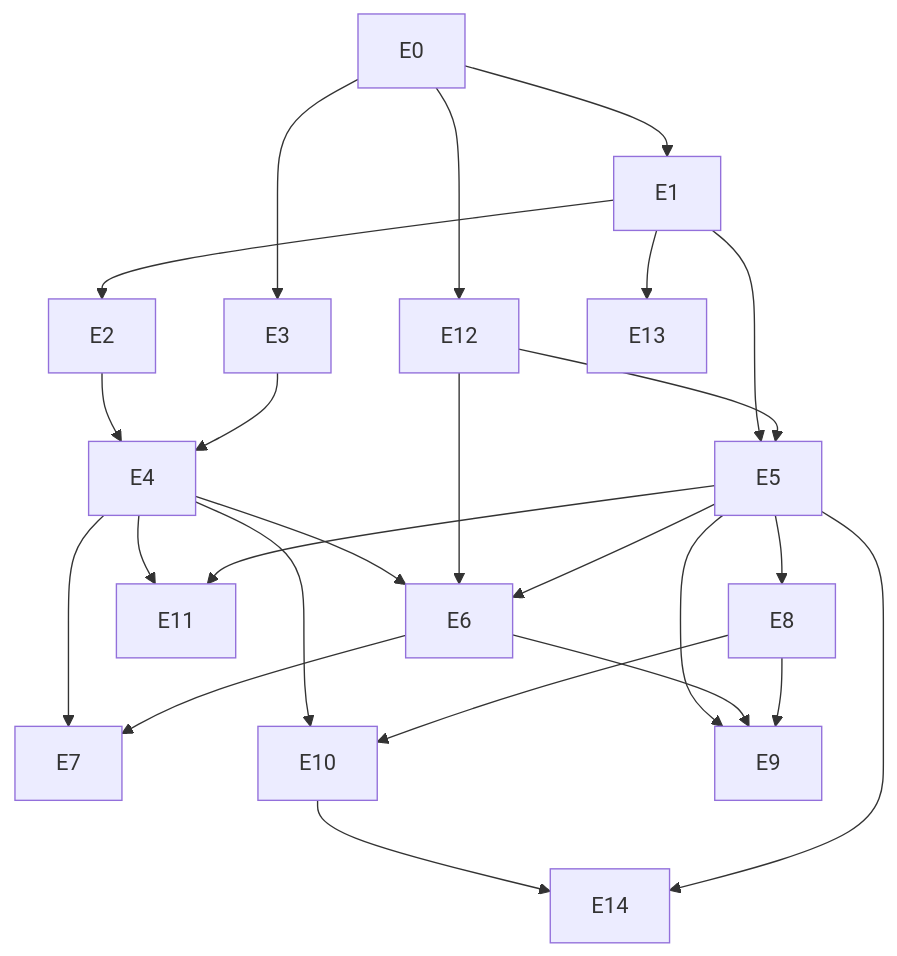
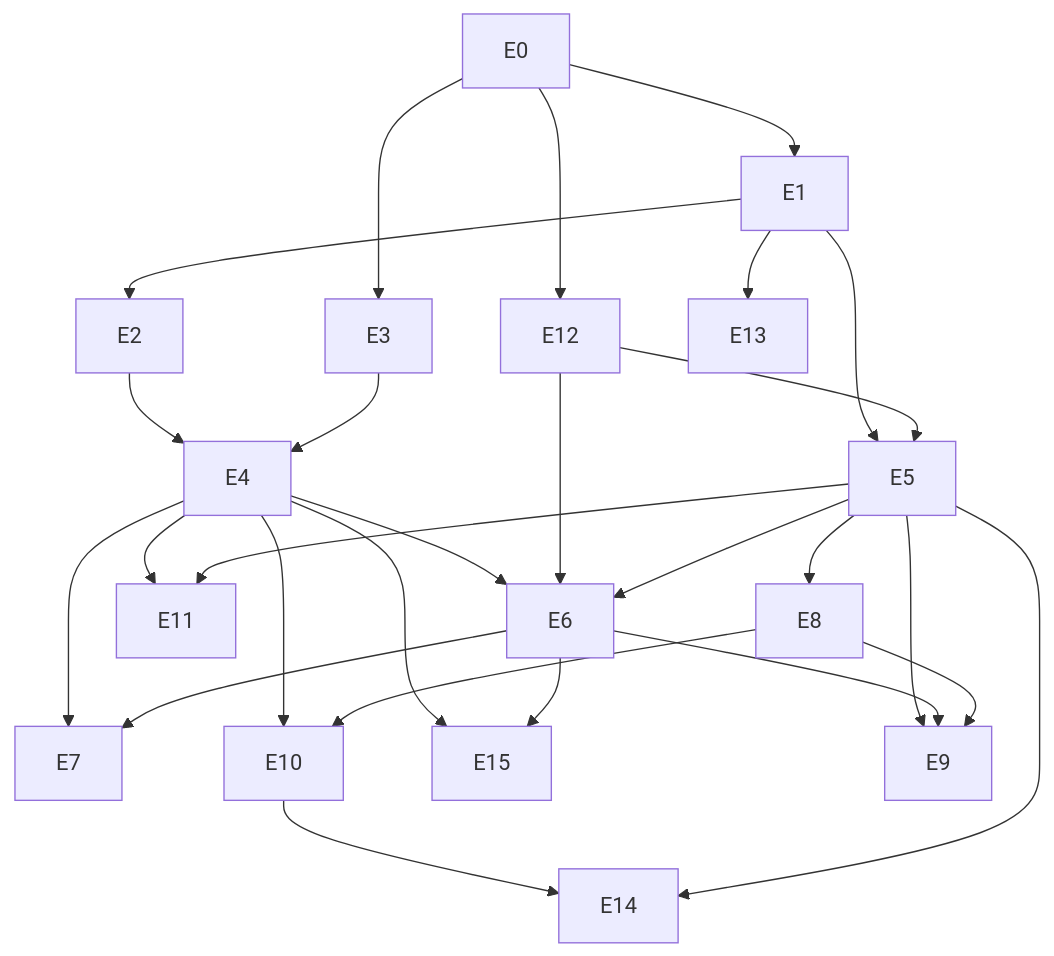
The second of 2 diagrams in docs/epics.md (saok91/pkbl), drawn with Mermaid before and after one commit. The commit also changed other lines of this file and 69 other files, not shown here.

````diff
--- a/docs/epics.md
+++ b/docs/epics.md
@@ -809,15 +952,15 @@
 ```mermaid
 flowchart TD
     E0 --> E1 & E3 & E12
     E1 --> E2 & E5
     E2 --> E4
     E3 --> E4
-    E4 --> E6 & E7 & E10 & E11
+    E4 --> E6 & E7 & E10 & E11 & E15
     E12 --> E5 & E6
     E5 --> E6 & E8 & E9 & E11
-    E6 --> E7 & E9
+    E6 --> E7 & E9 & E15
     E8 --> E9 & E10
     E1 --> E13
     E10 --> E14
     E5 --> E14
 ```
````
